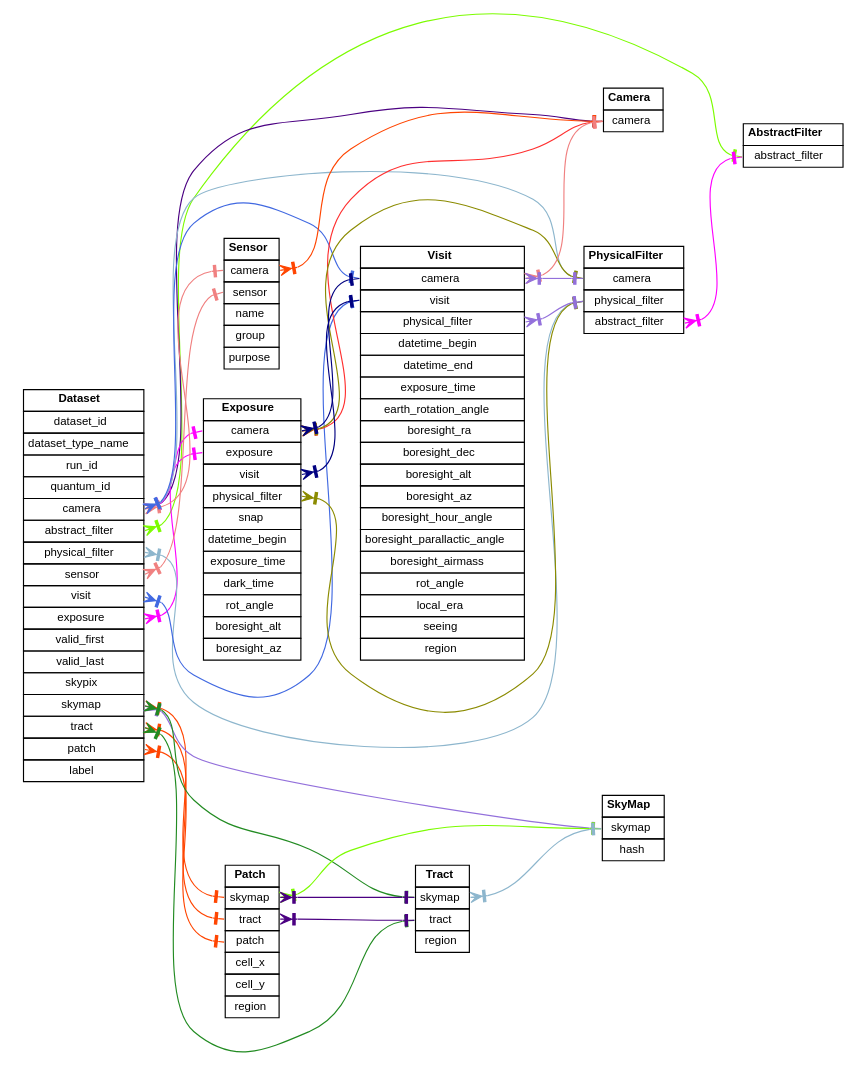
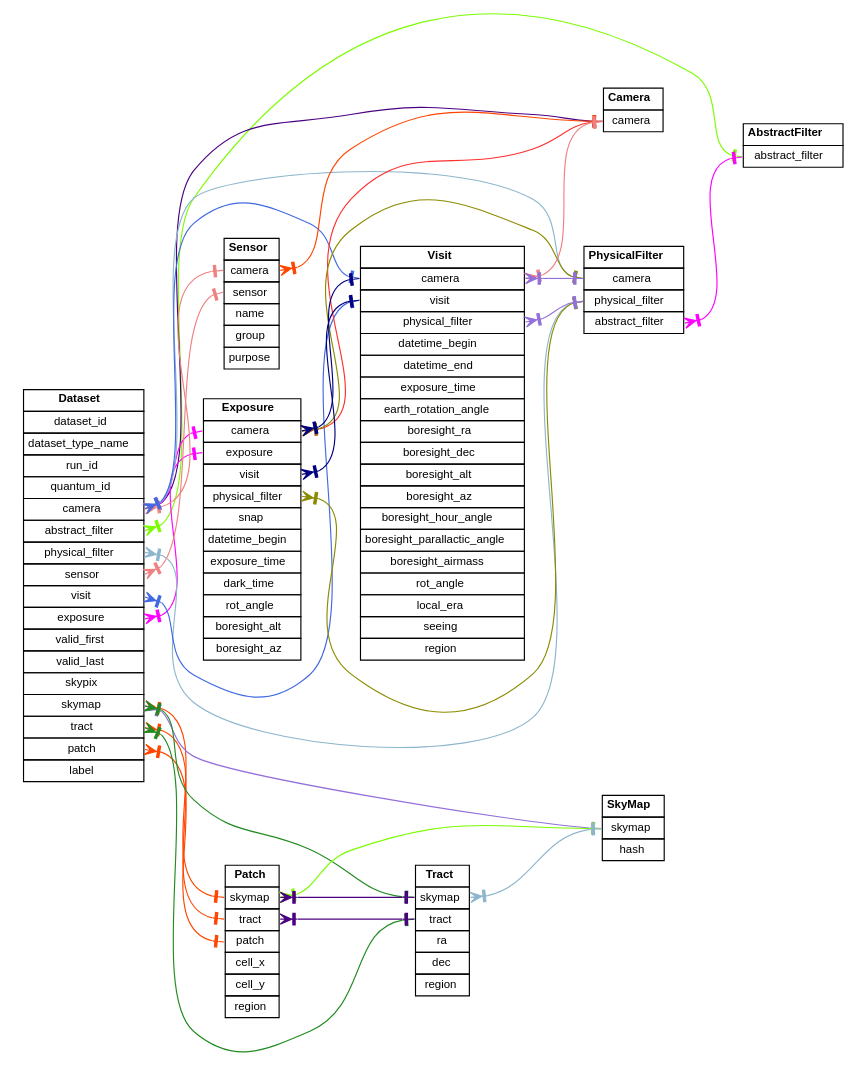
The diagram in generated/relationships-dataUnitsOnly.dot (lsst-dm/dmtn-073), drawn with Graphviz before and after one commit. The commit also changed 1 other file, not shown here.

Commit message:
Add (ra, dec) center to Tract.

```diff
--- a/generated/relationships-dataUnitsOnly.dot
+++ b/generated/relationships-dataUnitsOnly.dot
@@ -1,164 +1,166 @@
 digraph relationships
 {
   node [shape=plaintext fontname=helvetica fontsize=10]
   edge [dir=both]
   rankdir=LR
   concentrate=false
   AbstractFilter
   [label=<
     <table border="0" cellborder="1" cellpadding="3" cellspacing="0">
       <tr><td><b>AbstractFilter</b></td></tr>
       <tr><td port="abstract_filter">abstract_filter</td></tr>
     </table>
   >];
   Camera
   [label=<
     <table border="0" cellborder="1" cellpadding="3" cellspacing="0">
       <tr><td><b>Camera</b></td></tr>
       <tr><td port="camera">camera</td></tr>
     </table>
   >];
   Dataset
   [label=<
     <table border="0" cellborder="1" cellpadding="3" cellspacing="0">
       <tr><td><b>Dataset</b></td></tr>
       <tr><td port="dataset_id">dataset_id</td></tr>
       <tr><td port="dataset_type_name">dataset_type_name</td></tr>
       <tr><td port="run_id">run_id</td></tr>
       <tr><td port="quantum_id">quantum_id</td></tr>
       <tr><td port="camera">camera</td></tr>
       <tr><td port="abstract_filter">abstract_filter</td></tr>
       <tr><td port="physical_filter">physical_filter</td></tr>
       <tr><td port="sensor">sensor</td></tr>
       <tr><td port="visit">visit</td></tr>
       <tr><td port="exposure">exposure</td></tr>
       <tr><td port="valid_first">valid_first</td></tr>
       <tr><td port="valid_last">valid_last</td></tr>
       <tr><td port="skypix">skypix</td></tr>
       <tr><td port="skymap">skymap</td></tr>
       <tr><td port="tract">tract</td></tr>
       <tr><td port="patch">patch</td></tr>
       <tr><td port="label">label</td></tr>
     </table>
   >];
   Exposure
   [label=<
     <table border="0" cellborder="1" cellpadding="3" cellspacing="0">
       <tr><td><b>Exposure</b></td></tr>
       <tr><td port="camera">camera</td></tr>
       <tr><td port="exposure">exposure</td></tr>
       <tr><td port="visit">visit</td></tr>
       <tr><td port="physical_filter">physical_filter</td></tr>
       <tr><td port="snap">snap</td></tr>
       <tr><td port="datetime_begin">datetime_begin</td></tr>
       <tr><td port="exposure_time">exposure_time</td></tr>
       <tr><td port="dark_time">dark_time</td></tr>
       <tr><td port="rot_angle">rot_angle</td></tr>
       <tr><td port="boresight_alt">boresight_alt</td></tr>
       <tr><td port="boresight_az">boresight_az</td></tr>
     </table>
   >];
   Patch
   [label=<
     <table border="0" cellborder="1" cellpadding="3" cellspacing="0">
       <tr><td><b>Patch</b></td></tr>
       <tr><td port="skymap">skymap</td></tr>
       <tr><td port="tract">tract</td></tr>
       <tr><td port="patch">patch</td></tr>
       <tr><td port="cell_x">cell_x</td></tr>
       <tr><td port="cell_y">cell_y</td></tr>
       <tr><td port="region">region</td></tr>
     </table>
   >];
   PhysicalFilter
   [label=<
     <table border="0" cellborder="1" cellpadding="3" cellspacing="0">
       <tr><td><b>PhysicalFilter</b></td></tr>
       <tr><td port="camera">camera</td></tr>
       <tr><td port="physical_filter">physical_filter</td></tr>
       <tr><td port="abstract_filter">abstract_filter</td></tr>
     </table>
   >];
   Sensor
   [label=<
     <table border="0" cellborder="1" cellpadding="3" cellspacing="0">
       <tr><td><b>Sensor</b></td></tr>
       <tr><td port="camera">camera</td></tr>
       <tr><td port="sensor">sensor</td></tr>
       <tr><td port="name">name</td></tr>
       <tr><td port="group">group</td></tr>
       <tr><td port="purpose">purpose</td></tr>
     </table>
   >];
   SkyMap
   [label=<
     <table border="0" cellborder="1" cellpadding="3" cellspacing="0">
       <tr><td><b>SkyMap</b></td></tr>
       <tr><td port="skymap">skymap</td></tr>
       <tr><td port="hash">hash</td></tr>
     </table>
   >];
   Tract
   [label=<
     <table border="0" cellborder="1" cellpadding="3" cellspacing="0">
       <tr><td><b>Tract</b></td></tr>
       <tr><td port="skymap">skymap</td></tr>
       <tr><td port="tract">tract</td></tr>
+      <tr><td port="ra">ra</td></tr>
+      <tr><td port="dec">dec</td></tr>
       <tr><td port="region">region</td></tr>
     </table>
   >];
   Visit
   [label=<
     <table border="0" cellborder="1" cellpadding="3" cellspacing="0">
       <tr><td><b>Visit</b></td></tr>
       <tr><td port="camera">camera</td></tr>
       <tr><td port="visit">visit</td></tr>
       <tr><td port="physical_filter">physical_filter</td></tr>
       <tr><td port="datetime_begin">datetime_begin</td></tr>
       <tr><td port="datetime_end">datetime_end</td></tr>
       <tr><td port="exposure_time">exposure_time</td></tr>
       <tr><td port="earth_rotation_angle">earth_rotation_angle</td></tr>
       <tr><td port="boresight_ra">boresight_ra</td></tr>
       <tr><td port="boresight_dec">boresight_dec</td></tr>
       <tr><td port="boresight_alt">boresight_alt</td></tr>
       <tr><td port="boresight_az">boresight_az</td></tr>
       <tr><td port="boresight_hour_angle">boresight_hour_angle</td></tr>
       <tr><td port="boresight_parallactic_angle">boresight_parallactic_angle</td></tr>
       <tr><td port="boresight_airmass">boresight_airmass</td></tr>
       <tr><td port="rot_angle">rot_angle</td></tr>
       <tr><td port="local_era">local_era</td></tr>
       <tr><td port="seeing">seeing</td></tr>
       <tr><td port="region">region</td></tr>
     </table>
   >];
   Dataset:abstract_filter -> AbstractFilter:abstract_filter [arrowtail=crowtee arrowhead=nonetee color=lawngreen]
   Dataset:camera -> Camera:camera [arrowtail=crowtee arrowhead=nonetee color=indigo]
   Dataset:camera -> Exposure:camera [arrowtail=crowtee arrowhead=nonetee color=magenta1]
   Dataset:exposure -> Exposure:exposure [arrowtail=crowtee arrowhead=nonetee color=magenta1]
   Dataset:skymap -> Patch:skymap [arrowtail=crowtee arrowhead=nonetee color=orangered]
   Dataset:tract -> Patch:tract [arrowtail=crowtee arrowhead=nonetee color=orangered]
   Dataset:patch -> Patch:patch [arrowtail=crowtee arrowhead=nonetee color=orangered]
   Dataset:camera -> PhysicalFilter:camera [arrowtail=crowtee arrowhead=nonetee color=lightskyblue3]
   Dataset:physical_filter -> PhysicalFilter:physical_filter [arrowtail=crowtee arrowhead=nonetee color=lightskyblue3]
   Dataset:camera -> Sensor:camera [arrowtail=crowtee arrowhead=nonetee color=lightcoral]
   Dataset:sensor -> Sensor:sensor [arrowtail=crowtee arrowhead=nonetee color=lightcoral]
   Dataset:skymap -> SkyMap:skymap [arrowtail=crowtee arrowhead=nonetee color=mediumpurple]
   Dataset:skymap -> Tract:skymap [arrowtail=crowtee arrowhead=nonetee color=forestgreen]
   Dataset:tract -> Tract:tract [arrowtail=crowtee arrowhead=nonetee color=forestgreen]
   Dataset:camera -> Visit:camera [arrowtail=crowtee arrowhead=nonetee color=royalblue]
   Dataset:visit -> Visit:visit [arrowtail=crowtee arrowhead=nonetee color=royalblue]
   Exposure:camera -> Camera:camera [arrowtail=crowtee arrowhead=nonetee color=firebrick1]
   Exposure:camera -> PhysicalFilter:camera [arrowtail=crowtee arrowhead=nonetee color=yellow4]
   Exposure:physical_filter -> PhysicalFilter:physical_filter [arrowtail=crowtee arrowhead=nonetee color=yellow4]
   Exposure:camera -> Visit:camera [arrowtail=crowtee arrowhead=nonetee color=navyblue]
   Exposure:visit -> Visit:visit [arrowtail=crowtee arrowhead=nonetee color=navyblue]
   Patch:skymap -> SkyMap:skymap [arrowtail=crowtee arrowhead=nonetee color=lawngreen]
   Patch:skymap -> Tract:skymap [arrowtail=crowtee arrowhead=nonetee color=indigo]
   Patch:tract -> Tract:tract [arrowtail=crowtee arrowhead=nonetee color=indigo]
   PhysicalFilter:abstract_filter -> AbstractFilter:abstract_filter [arrowtail=crowtee arrowhead=nonetee color=magenta1]
   Sensor:camera -> Camera:camera [arrowtail=crowtee arrowhead=nonetee color=orangered]
   Tract:skymap -> SkyMap:skymap [arrowtail=crowtee arrowhead=nonetee color=lightskyblue3]
   Visit:camera -> Camera:camera [arrowtail=crowtee arrowhead=nonetee color=lightcoral]
   Visit:camera -> PhysicalFilter:camera [arrowtail=crowtee arrowhead=nonetee color=mediumpurple]
   Visit:physical_filter -> PhysicalFilter:physical_filter [arrowtail=crowtee arrowhead=nonetee color=mediumpurple]
 }
```
